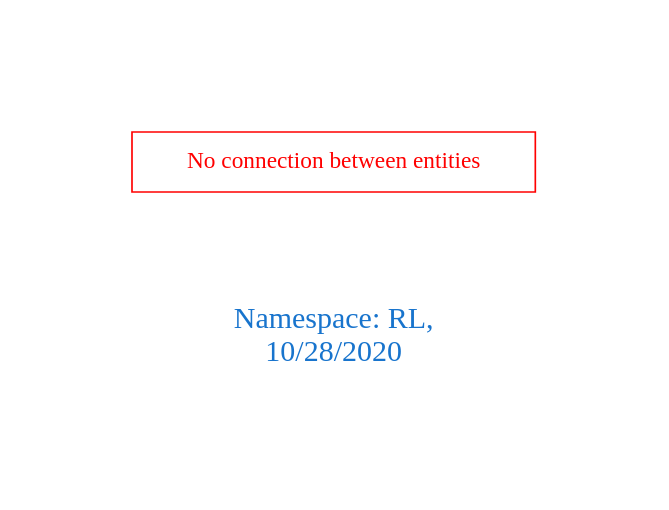
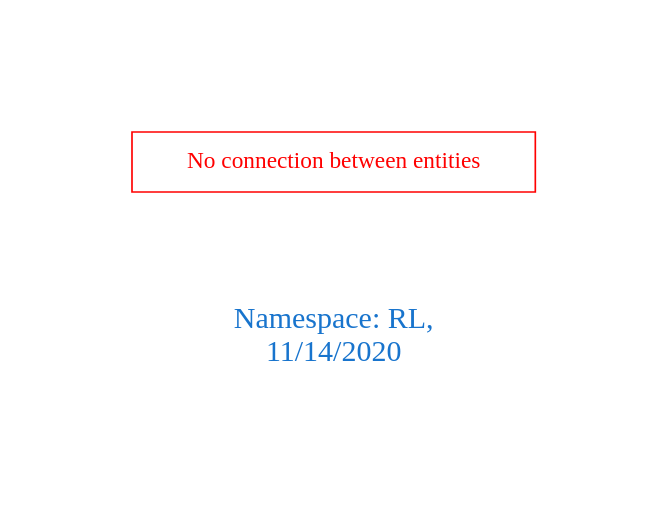
Before and after one commit to arago/OGIT: the diagram in downloads/RL.dot, drawn with Graphviz. The commit also changed 1821 other files, not shown here.

```diff
--- a/downloads/RL.dot
+++ b/downloads/RL.dot
@@ -1,9 +1,9 @@
 digraph OGIT_ontology {
  graph [ rankdir= LR,pad=1 
 fontsize = 18,
-fontcolor= dodgerblue3,label = "\n\n\nNamespace: RL, \n 10/28/2020"];
+fontcolor= dodgerblue3,label = "\n\n\nNamespace: RL, \n 11/14/2020"];
 node[shape=polygon];
 edge [  color="gray81"];
 
 "No connection between entities" [fontcolor = "red",color="red", shape="polygon"]
 }
```
